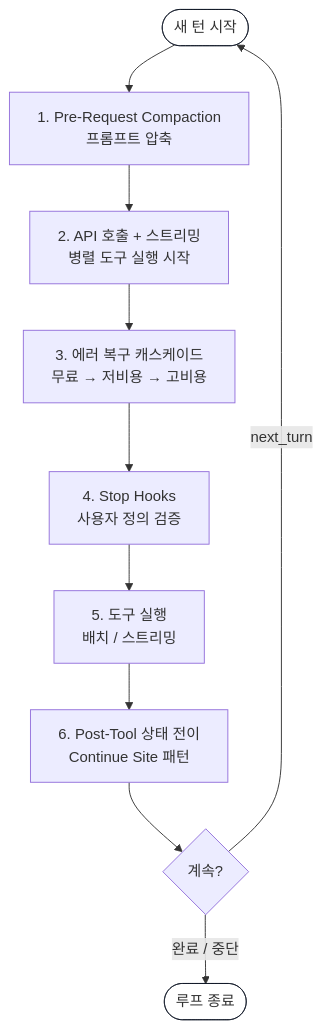
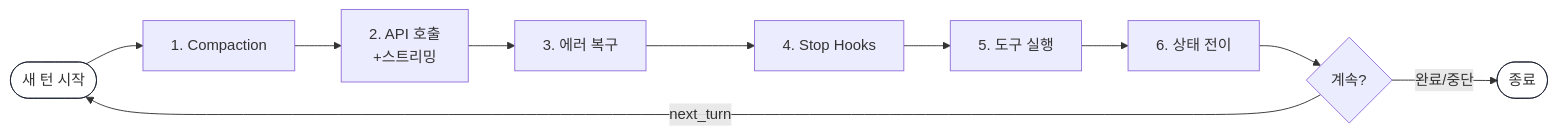
Before and after one commit to currenjin/currenjin.github.io: the first of 9 diagrams in _wiki/claude-code.md, drawn with Mermaid. The commit also changed other lines of this file, not shown here.

Commit message:
style: Convert all vertical diagrams to horizontal (LR) layout

````diff
--- a/_wiki/claude-code.md
+++ b/_wiki/claude-code.md
@@ -93,15 +93,15 @@
 ```mermaid
-flowchart TD
-    A([새 턴 시작]) --> B[1. Pre-Request Compaction\n프롬프트 압축]
-    B --> C[2. API 호출 + 스트리밍\n병렬 도구 실행 시작]
-    C --> D[3. 에러 복구 캐스케이드\n무료 → 저비용 → 고비용]
-    D --> E[4. Stop Hooks\n사용자 정의 검증]
-    E --> F[5. 도구 실행\n배치 / 스트리밍]
-    F --> G[6. Post-Tool 상태 전이\nContinue Site 패턴]
+flowchart LR
+    A([새 턴 시작]) --> B[1. Compaction]
+    B --> C[2. API 호출\n+스트리밍]
+    C --> D[3. 에러 복구]
+    D --> E[4. Stop Hooks]
+    E --> F[5. 도구 실행]
+    F --> G[6. 상태 전이]
     G --> H{계속?}
     H -->|next_turn| A
-    H -->|완료 / 중단| Z([루프 종료])
+    H -->|완료/중단| Z([종료])
 
     style A fill:transparent,stroke:#111827
     style Z fill:transparent,stroke:#111827
 ```
````
